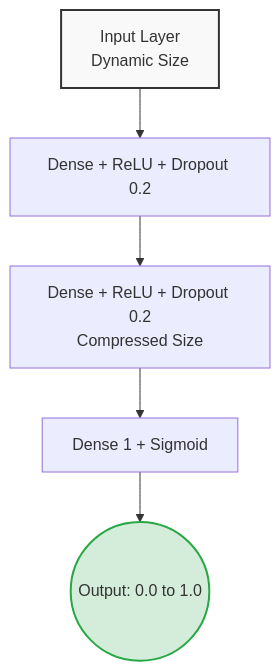
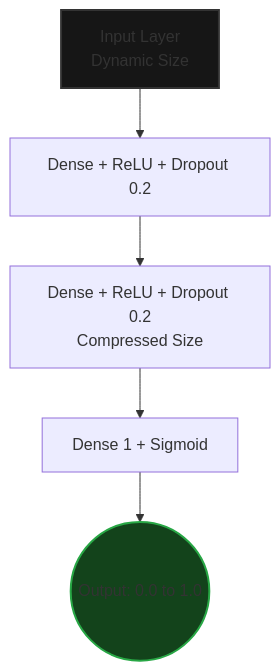
Before and after one commit to LorexGitHub/dynamic-ml-visualizer: the diagram in README.md, drawn with Mermaid.

````diff
--- a/README.md
+++ b/README.md
@@ -14,10 +14,10 @@
 ```mermaid
 graph TD
     A[Input Layer<br>Dynamic Size] --> B[Dense + ReLU + Dropout 0.2]
     B --> C[Dense + ReLU + Dropout 0.2<br>Compressed Size]
     C --> D[Dense 1 + Sigmoid]
     D --> E((Output: 0.0 to 1.0))
     
-    style A fill:#f9f9f9,stroke:#333,stroke-width:2px
-    style E fill:#d4edda,stroke:#28a745,stroke-width:2px
+    style A fill:#161616,stroke:#333,stroke-width:2px
+    style E fill:#13431b,stroke:#28a745,stroke-width:2px
 ```
````
